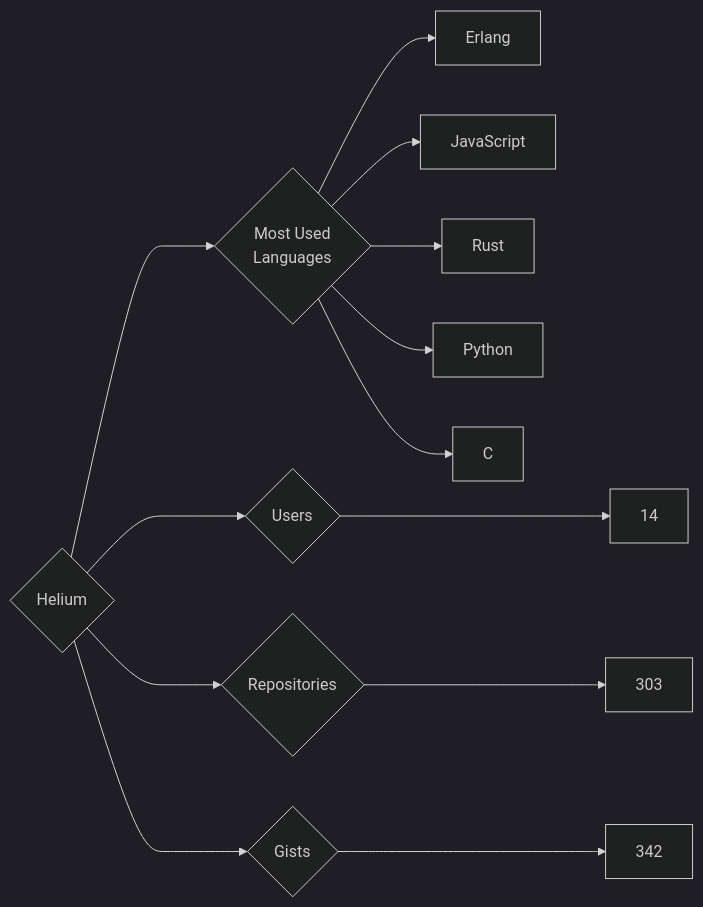
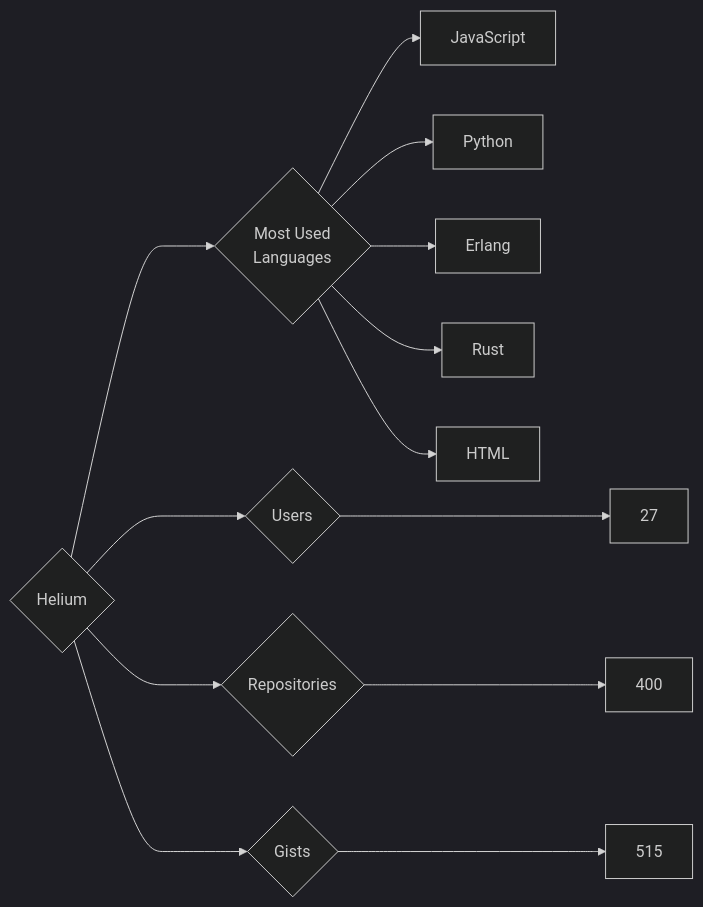
Before and after one commit to trickest/insiders: the diagram in targets/Helium/README.md, drawn with Mermaid (dark theme). The commit also changed 826 other files, not shown here.

````diff
--- a/targets/Helium/README.md
+++ b/targets/Helium/README.md
@@ -3,13 +3,13 @@
 ```mermaid
 graph LR
 COMPANY_NAME{Helium}
-COMPANY_NAME ---> U{Users} ---> UN[14]
-COMPANY_NAME ---> R{Repositories} ---> RN[303]
-COMPANY_NAME ---> G{Gists} ---> GN[342]
+COMPANY_NAME ---> U{Users} ---> UN[27]
+COMPANY_NAME ---> R{Repositories} ---> RN[400]
+COMPANY_NAME ---> G{Gists} ---> GN[515]
 COMPANY_NAME ---> ML{Most Used<br>Languages}
+ML --> JavaScript[JavaScript]
+ML --> Python[Python]
 ML --> Erlang[Erlang]
-ML --> JavaScript[JavaScript]
 ML --> Rust[Rust]
-ML --> Python[Python]
-ML --> C[C]
+ML --> HTML[HTML]
 ```
````
